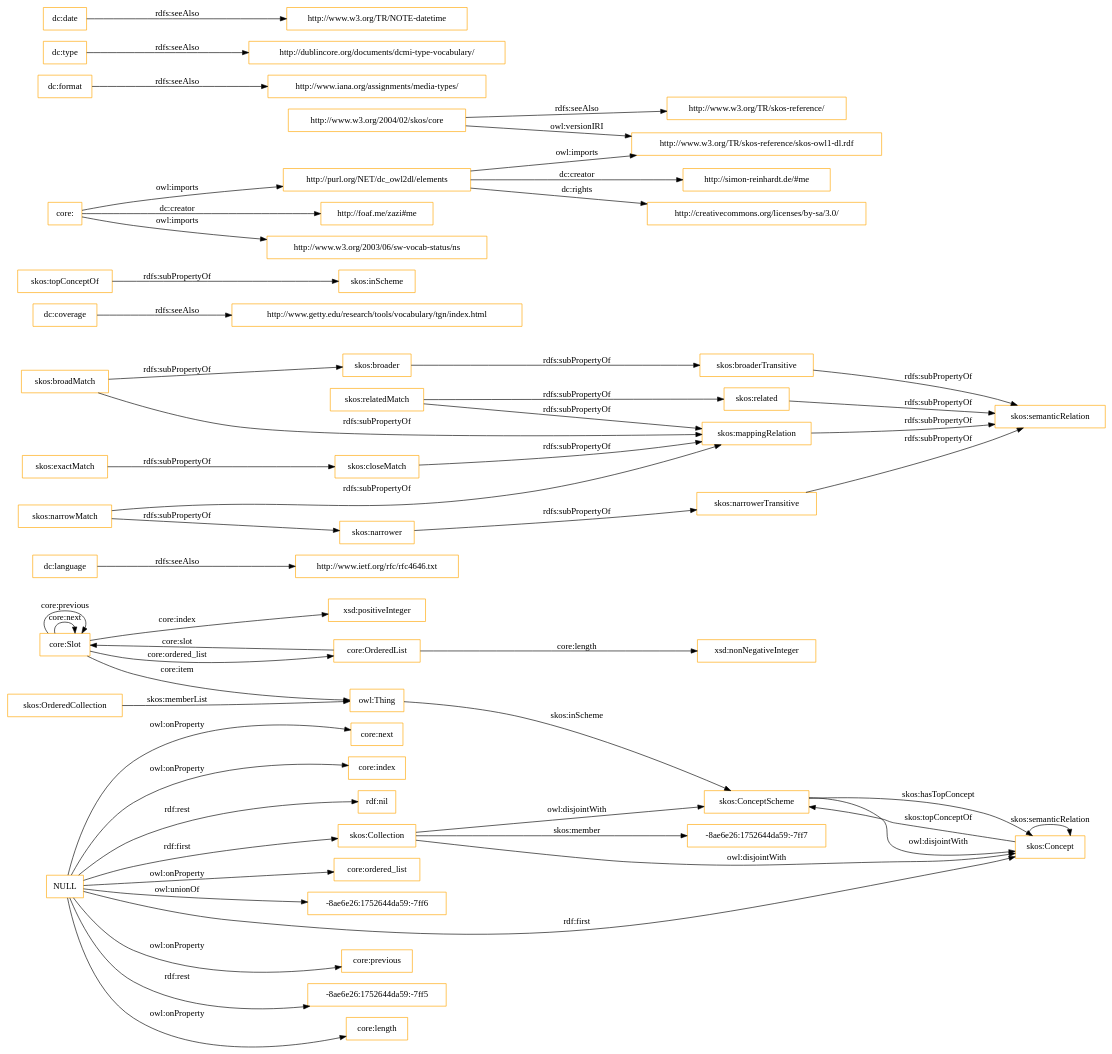
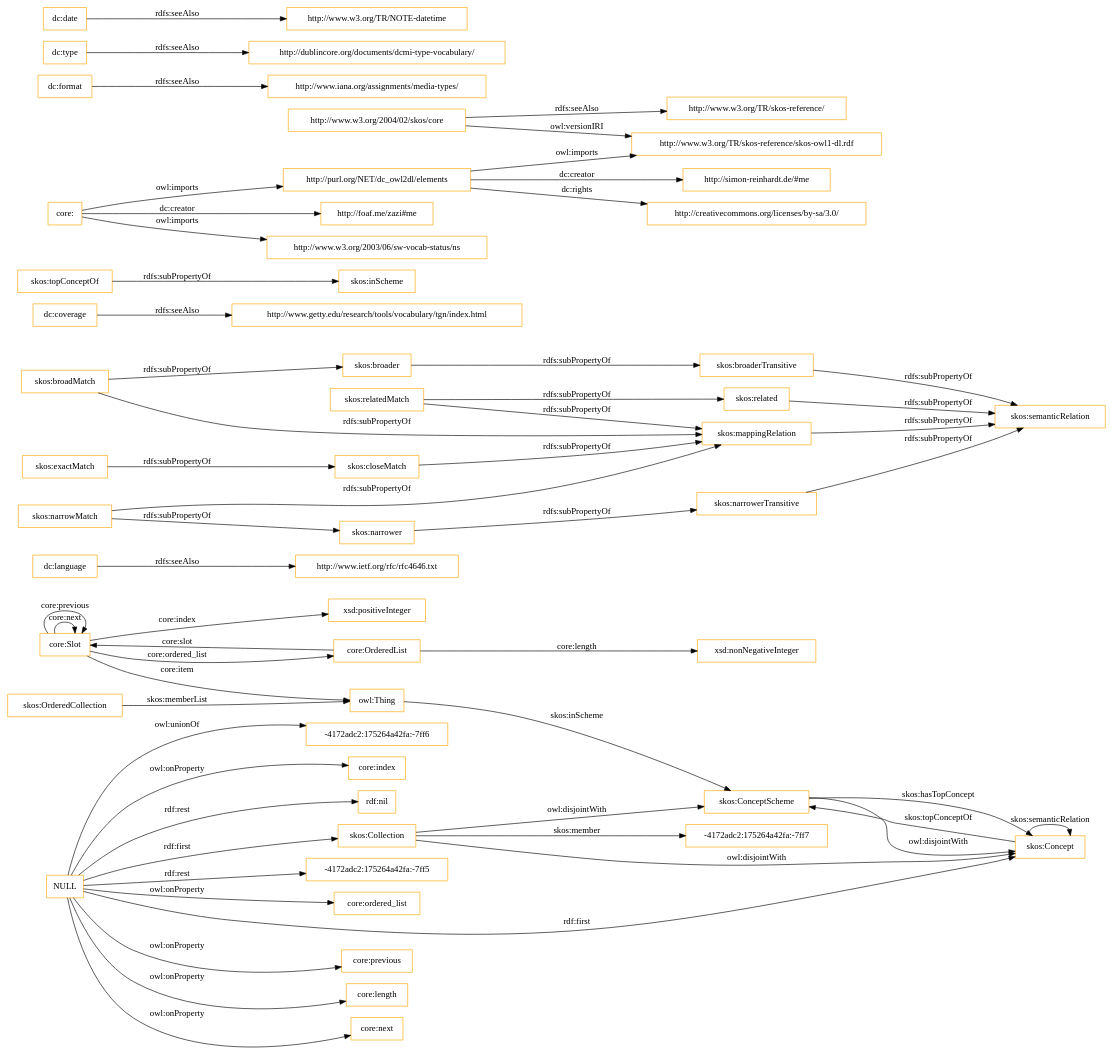
The diagram in OnToology/imports/core.owl/diagrams/ar2dtool-class/core.owl.png.dot (OnToologyUser/core-ontology-1), drawn with Graphviz before and after one commit. The commit also changed 14 other files, not shown here.

```diff
--- a/OnToology/imports/core.owl/diagrams/ar2dtool-class/core.owl.png.dot
+++ b/OnToology/imports/core.owl/diagrams/ar2dtool-class/core.owl.png.dot
@@ -1,60 +1,60 @@
 digraph ar2dtool_diagram { 
 rankdir=LR;
 size="1501"
-node [shape = rectangle, color="orange"]; "core:Slot" "core:OrderedList" "-8ae6e26:1752644da59:-7ff7" "skos:OrderedCollection" "skos:Collection" "skos:ConceptScheme" "skos:Concept" ; /*classes style*/
+node [shape = rectangle, color="orange"]; "core:Slot" "core:OrderedList" "-4172adc2:175264a42fa:-7ff7" "skos:OrderedCollection" "skos:Collection" "skos:ConceptScheme" "skos:Concept" ; /*classes style*/
 	"dc:language" -> "http://www.ietf.org/rfc/rfc4646.txt" [ label = "rdfs:seeAlso" ];
 	"NULL" -> "core:previous" [ label = "owl:onProperty" ];
-	"NULL" -> "-8ae6e26:1752644da59:-7ff5" [ label = "rdf:rest" ];
 	"NULL" -> "core:length" [ label = "owl:onProperty" ];
 	"NULL" -> "skos:Concept" [ label = "rdf:first" ];
 	"NULL" -> "core:next" [ label = "owl:onProperty" ];
+	"NULL" -> "-4172adc2:175264a42fa:-7ff6" [ label = "owl:unionOf" ];
 	"NULL" -> "core:index" [ label = "owl:onProperty" ];
 	"NULL" -> "rdf:nil" [ label = "rdf:rest" ];
+	"NULL" -> "-4172adc2:175264a42fa:-7ff5" [ label = "rdf:rest" ];
 	"NULL" -> "core:ordered_list" [ label = "owl:onProperty" ];
 	"NULL" -> "skos:Collection" [ label = "rdf:first" ];
-	"NULL" -> "-8ae6e26:1752644da59:-7ff6" [ label = "owl:unionOf" ];
 	"skos:closeMatch" -> "skos:mappingRelation" [ label = "rdfs:subPropertyOf" ];
 	"dc:coverage" -> "http://www.getty.edu/research/tools/vocabulary/tgn/index.html" [ label = "rdfs:seeAlso" ];
 	"skos:relatedMatch" -> "skos:related" [ label = "rdfs:subPropertyOf" ];
 	"skos:relatedMatch" -> "skos:mappingRelation" [ label = "rdfs:subPropertyOf" ];
 	"skos:ConceptScheme" -> "skos:Concept" [ label = "owl:disjointWith" ];
 	"skos:related" -> "skos:semanticRelation" [ label = "rdfs:subPropertyOf" ];
 	"skos:topConceptOf" -> "skos:inScheme" [ label = "rdfs:subPropertyOf" ];
 	"skos:broadMatch" -> "skos:broader" [ label = "rdfs:subPropertyOf" ];
 	"skos:broadMatch" -> "skos:mappingRelation" [ label = "rdfs:subPropertyOf" ];
 	"http://purl.org/NET/dc_owl2dl/elements" -> "http://www.w3.org/TR/skos-reference/skos-owl1-dl.rdf" [ label = "owl:imports" ];
 	"http://purl.org/NET/dc_owl2dl/elements" -> "http://creativecommons.org/licenses/by-sa/3.0/" [ label = "dc:rights" ];
 	"http://purl.org/NET/dc_owl2dl/elements" -> "http://simon-reinhardt.de/#me" [ label = "dc:creator" ];
 	"skos:exactMatch" -> "skos:closeMatch" [ label = "rdfs:subPropertyOf" ];
 	"dc:format" -> "http://www.iana.org/assignments/media-types/" [ label = "rdfs:seeAlso" ];
 	"core:" -> "http://foaf.me/zazi#me" [ label = "dc:creator" ];
 	"core:" -> "http://www.w3.org/2003/06/sw-vocab-status/ns" [ label = "owl:imports" ];
 	"core:" -> "http://purl.org/NET/dc_owl2dl/elements" [ label = "owl:imports" ];
 	"skos:broaderTransitive" -> "skos:semanticRelation" [ label = "rdfs:subPropertyOf" ];
 	"skos:mappingRelation" -> "skos:semanticRelation" [ label = "rdfs:subPropertyOf" ];
 	"skos:broader" -> "skos:broaderTransitive" [ label = "rdfs:subPropertyOf" ];
 	"dc:type" -> "http://dublincore.org/documents/dcmi-type-vocabulary/" [ label = "rdfs:seeAlso" ];
 	"http://www.w3.org/2004/02/skos/core" -> "http://www.w3.org/TR/skos-reference/skos-owl1-dl.rdf" [ label = "owl:versionIRI" ];
 	"http://www.w3.org/2004/02/skos/core" -> "http://www.w3.org/TR/skos-reference/" [ label = "rdfs:seeAlso" ];
 	"skos:Collection" -> "skos:ConceptScheme" [ label = "owl:disjointWith" ];
 	"skos:Collection" -> "skos:Concept" [ label = "owl:disjointWith" ];
 	"skos:narrowMatch" -> "skos:narrower" [ label = "rdfs:subPropertyOf" ];
 	"skos:narrowMatch" -> "skos:mappingRelation" [ label = "rdfs:subPropertyOf" ];
 	"skos:narrower" -> "skos:narrowerTransitive" [ label = "rdfs:subPropertyOf" ];
 	"dc:date" -> "http://www.w3.org/TR/NOTE-datetime" [ label = "rdfs:seeAlso" ];
 	"skos:narrowerTransitive" -> "skos:semanticRelation" [ label = "rdfs:subPropertyOf" ];
 	"core:Slot" -> "xsd:positiveInteger" [ label = "core:index" ];
 	"skos:Concept" -> "skos:ConceptScheme" [ label = "skos:topConceptOf" ];
 	"core:Slot" -> "owl:Thing" [ label = "core:item" ];
 	"core:OrderedList" -> "xsd:nonNegativeInteger" [ label = "core:length" ];
 	"core:OrderedList" -> "core:Slot" [ label = "core:slot" ];
-	"skos:Collection" -> "-8ae6e26:1752644da59:-7ff7" [ label = "skos:member" ];
+	"skos:Collection" -> "-4172adc2:175264a42fa:-7ff7" [ label = "skos:member" ];
 	"core:Slot" -> "core:Slot" [ label = "core:next" ];
 	"skos:ConceptScheme" -> "skos:Concept" [ label = "skos:hasTopConcept" ];
 	"owl:Thing" -> "skos:ConceptScheme" [ label = "skos:inScheme" ];
 	"core:Slot" -> "core:Slot" [ label = "core:previous" ];
 	"skos:OrderedCollection" -> "owl:Thing" [ label = "skos:memberList" ];
 	"skos:Concept" -> "skos:Concept" [ label = "skos:semanticRelation" ];
 	"core:Slot" -> "core:OrderedList" [ label = "core:ordered_list" ];
 
 }
```
